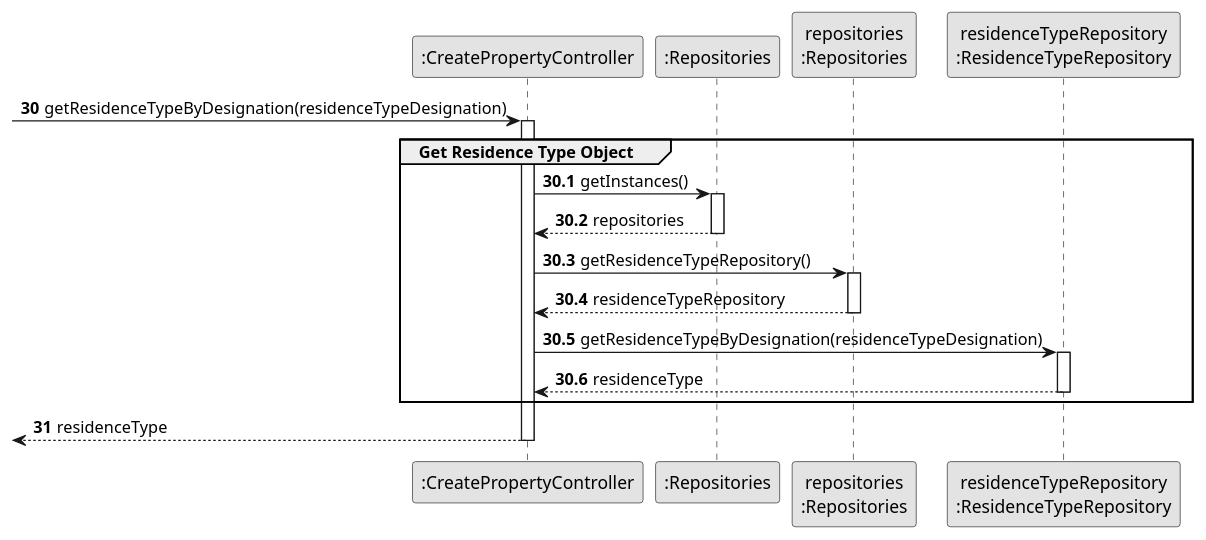
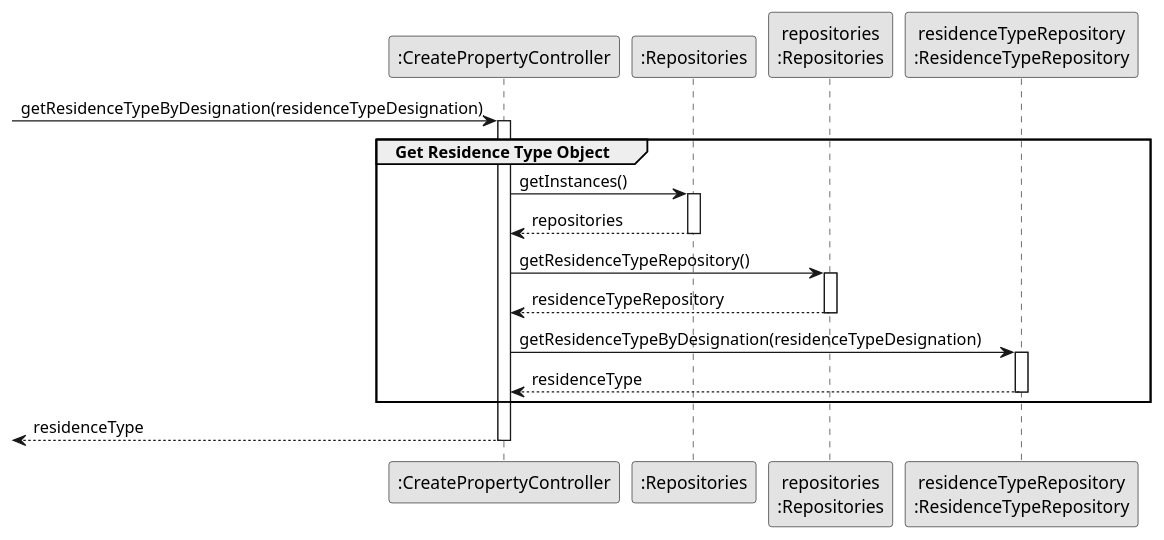
One commit to rita-barbosa/LAPR2-2223 changed the diagram in docs/sprintB/us004/03.design/puml/type.related.diagrams/us004-sequence-diagram-partial-get-residence-type-object.puml. Above: the diagram before and after it, drawn with PlantUML. The commit also changed 8 other files, not shown here.

```diff
--- a/docs/sprintB/us004/03.design/puml/type.related.diagrams/us004-sequence-diagram-partial-get-residence-type-object.puml
+++ b/docs/sprintB/us004/03.design/puml/type.related.diagrams/us004-sequence-diagram-partial-get-residence-type-object.puml
@@ -1,46 +1,42 @@
 @startuml
 
 skinparam monochrome true
 skinparam packageStyle rectangle
 skinparam shadowing false
 
 participant ":CreatePropertyController" as CTRL
 participant ":Repositories" as RepositorySingleton
 participant "repositories\n:Repositories" as PLAT
 participant "residenceTypeRepository\n:ResidenceTypeRepository" as ResidenceTypeRepository
 
-autonumber 30
     -> CTRL : getResidenceTypeByDesignation(residenceTypeDesignation)
     activate CTRL
-        autonumber 30.1
 
         group Get Residence Type Object
 
         CTRL -> RepositorySingleton : getInstances()
         activate RepositorySingleton
 
         RepositorySingleton --> CTRL : repositories
         deactivate RepositorySingleton
 
         CTRL -> PLAT : getResidenceTypeRepository()
 
         activate PLAT
 
         PLAT --> CTRL : residenceTypeRepository
         deactivate PLAT
 
         CTRL -> ResidenceTypeRepository : getResidenceTypeByDesignation(residenceTypeDesignation)
 
         activate ResidenceTypeRepository
 
         ResidenceTypeRepository --> CTRL : residenceType
         deactivate ResidenceTypeRepository
 
         end group
 
-    autonumber 31
-
     <-- CTRL : residenceType
     deactivate CTRL
 
 @enduml
```
